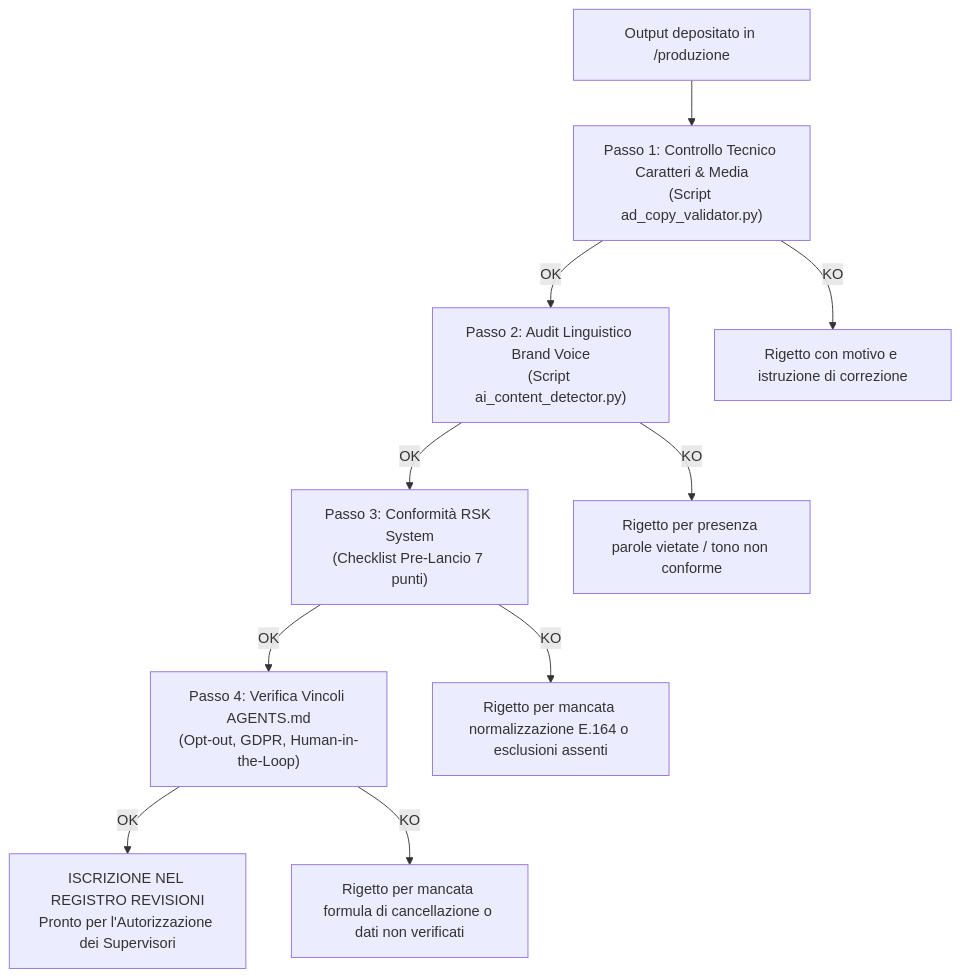
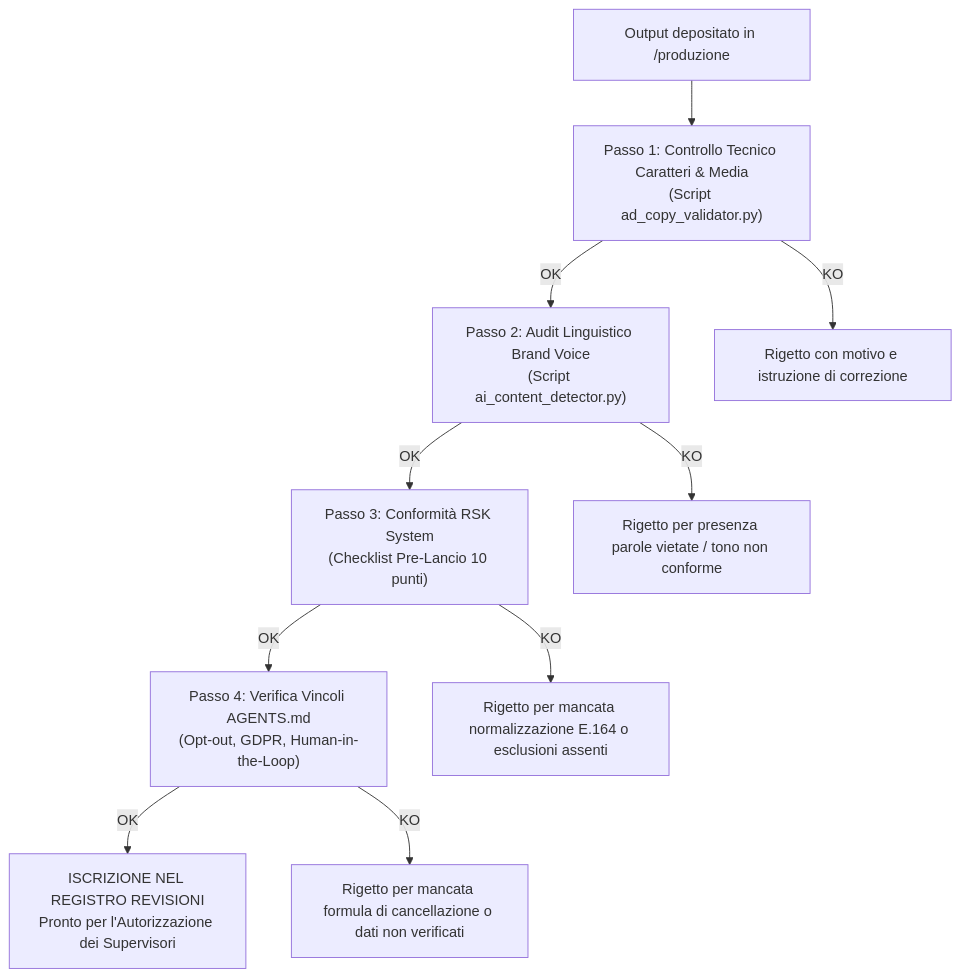
Before and after one commit to Sardosat/lead_finder: the diagram in .agents/agents/05_qa_rsksystem_controller.md, drawn with Mermaid. The commit also changed other lines of this file and 140 other files, not shown here.

````diff
--- a/.agents/agents/05_qa_rsksystem_controller.md
+++ b/.agents/agents/05_qa_rsksystem_controller.md
@@ -34,12 +34,12 @@
 ```mermaid
 flowchart TD
     In["Output depositato in /produzione"] --> P1["Passo 1: Controllo Tecnico Caratteri & Media<br>(Script ad_copy_validator.py)"]
     P1 -- OK --> P2["Passo 2: Audit Linguistico Brand Voice<br>(Script ai_content_detector.py)"]
     P1 -- KO --> Er1["Rigetto con motivo e istruzione di correzione"]
-    P2 -- OK --> P3["Passo 3: Conformità RSK System<br>(Checklist Pre-Lancio 7 punti)"]
+    P2 -- OK --> P3["Passo 3: Conformità RSK System<br>(Checklist Pre-Lancio 10 punti)"]
     P2 -- KO --> Er2["Rigetto per presenza parole vietate / tono non conforme"]
     P3 -- OK --> P4["Passo 4: Verifica Vincoli AGENTS.md<br>(Opt-out, GDPR, Human-in-the-Loop)"]
     P3 -- KO --> Er3["Rigetto per mancata normalizzazione E.164 o esclusioni assenti"]
     P4 -- OK --> Approvato["ISCRIZIONE NEL REGISTRO REVISIONI<br>Pronto per l'Autorizzazione dei Supervisori"]
     P4 -- KO --> Er4["Rigetto per mancata formula di cancellazione o dati non verificati"]
 ```
````
